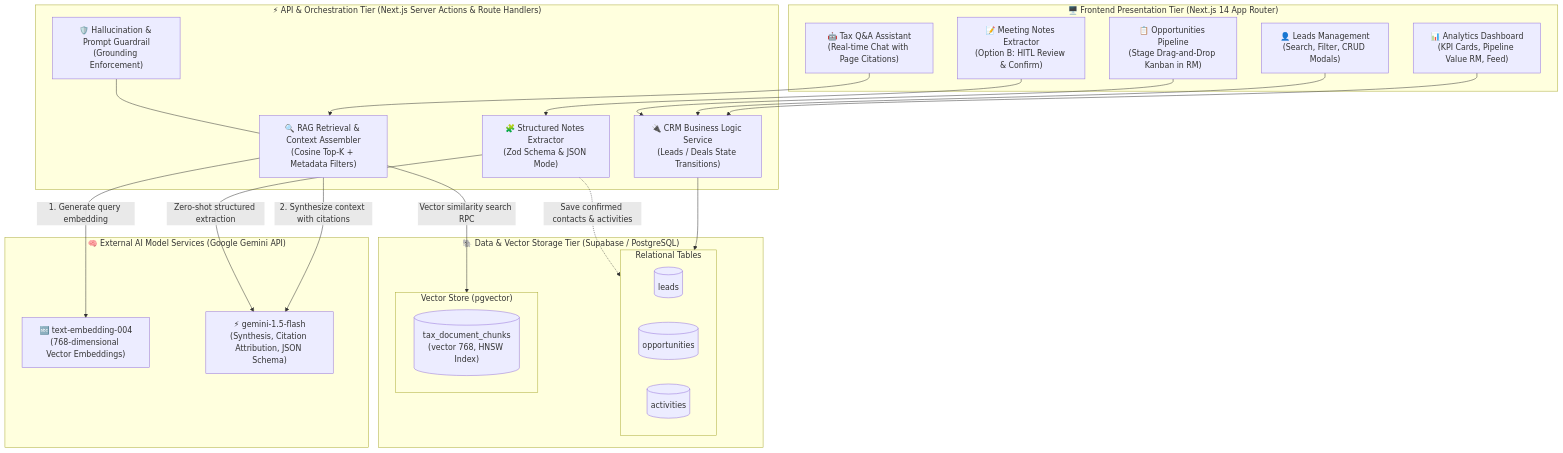
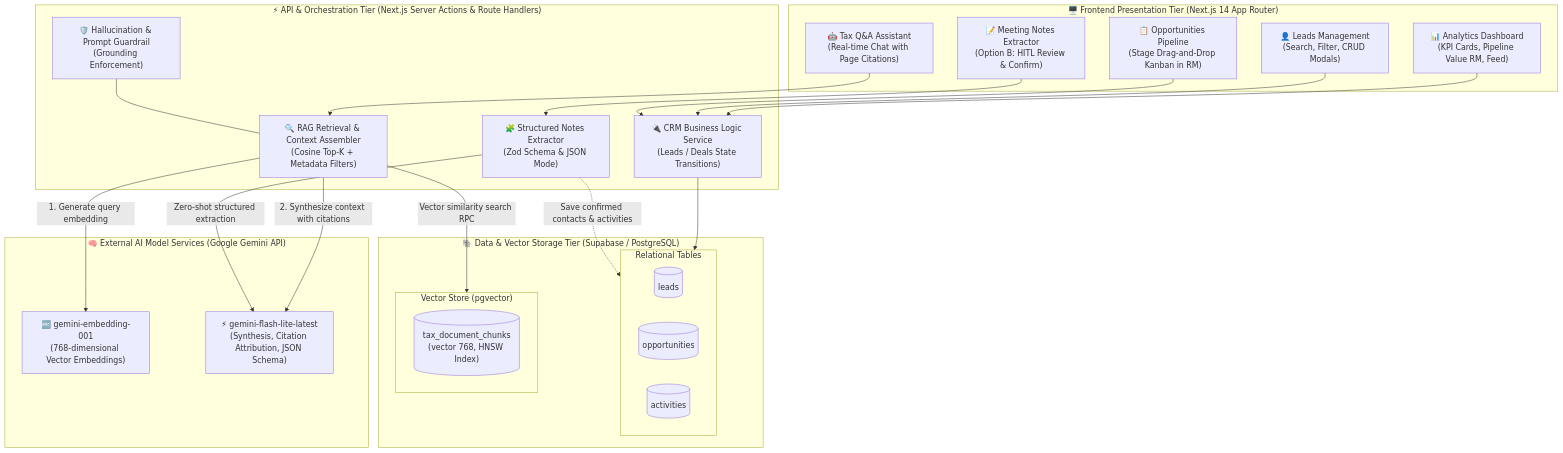
One commit to abrahamhoo21/taxflow-ai changed the first of 3 diagrams in ARCHITECTURE.md. Above: the diagram before and after it, drawn with Mermaid. The commit also changed other lines of this file and 1 other file, not shown here.

Commit message:
docs: extract standalone database-erd.mermaid and sync ARCHITECTURE.md

````diff
--- a/ARCHITECTURE.md
+++ b/ARCHITECTURE.md
@@ -13,51 +13,51 @@
 ```mermaid
 flowchart TB
     subgraph Client["🖥️ Frontend Presentation Tier (Next.js 14 App Router)"]
         Dashboard["📊 Analytics Dashboard<br/>(KPI Cards, Pipeline Value RM, Feed)"]
         LeadsUI["👤 Leads Management<br/>(Search, Filter, CRUD Modals)"]
         KanbanUI["📋 Opportunities Pipeline<br/>(Stage Drag-and-Drop Kanban in RM)"]
         RAGDrawer["🤖 Tax Q&A Assistant<br/>(Real-time Chat with Page Citations)"]
         NotesModal["📝 Meeting Notes Extractor<br/>(Option B: HITL Review & Confirm)"]
     end
 
     subgraph Backend["⚡ API & Orchestration Tier (Next.js Server Actions & Route Handlers)"]
         CRMController["🔌 CRM Business Logic Service<br/>(Leads / Deals State Transitions)"]
         RAGService["🔍 RAG Retrieval & Context Assembler<br/>(Cosine Top-K + Metadata Filters)"]
         GuardService["🛡️ Hallucination & Prompt Guardrail<br/>(Grounding Enforcement)"]
         ExtractorService["🧩 Structured Notes Extractor<br/>(Zod Schema & JSON Mode)"]
     end
 
     subgraph DataTier["🐘 Data & Vector Storage Tier (Supabase / PostgreSQL)"]
         subgraph Relational["Relational Tables"]
             T_Leads[("leads")]
             T_Opps[("opportunities")]
             T_Acts[("activities")]
         end
         subgraph VectorDB["Vector Store (pgvector)"]
             T_Chunks[("tax_document_chunks<br/>(vector 768, HNSW Index)")]
         end
     end
 
     subgraph ExternalAI["🧠 External AI Model Services (Google Gemini API)"]
-        EmbeddingModel["🔤 text-embedding-004<br/>(768-dimensional Vector Embeddings)"]
-        ChatLLM["⚡ gemini-1.5-flash<br/>(Synthesis, Citation Attribution, JSON Schema)"]
+        EmbeddingModel["🔤 gemini-embedding-001<br/>(768-dimensional Vector Embeddings)"]
+        ChatLLM["⚡ gemini-flash-lite-latest<br/>(Synthesis, Citation Attribution, JSON Schema)"]
     end
 
     %% Client to Backend
     Dashboard --> CRMController
     LeadsUI --> CRMController
     KanbanUI --> CRMController
     RAGDrawer --> RAGService
     NotesModal --> ExtractorService
 
     %% Backend to Database
     CRMController --> Relational
     ExtractorService -.->|Save confirmed contacts & activities| Relational
     RAGService -->|Vector similarity search RPC| VectorDB
 
     %% Backend to External AI
     RAGService -->|1. Generate query embedding| EmbeddingModel
     RAGService -->|2. Synthesize context with citations| ChatLLM
     GuardService --- RAGService
     ExtractorService -->|Zero-shot structured extraction| ChatLLM
 ```
````
